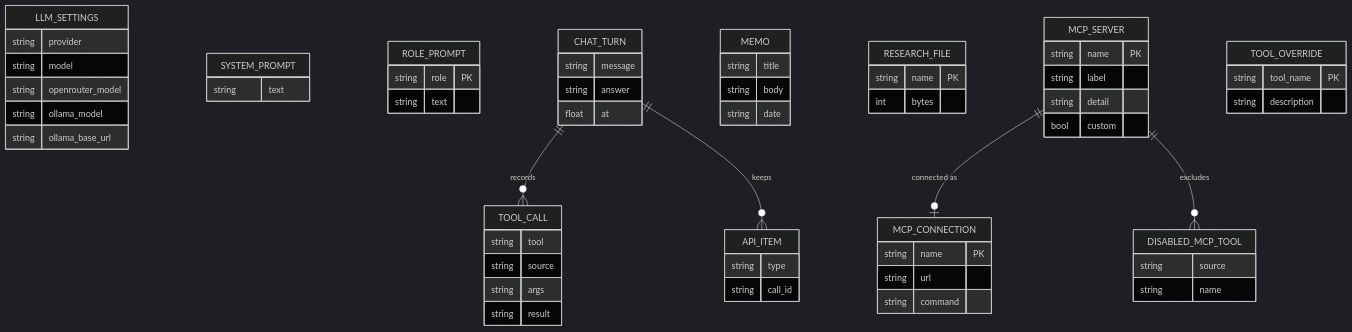
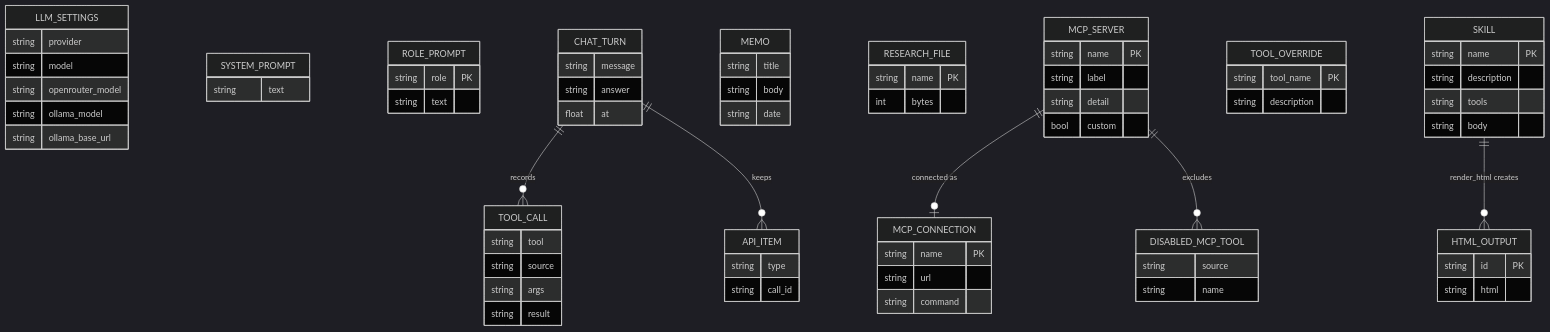
Before and after one commit to suhwanju-ai/PersonalAgent: the first of 2 diagrams in documents/er-diagram.md, drawn with Mermaid (dark theme). The commit also changed other lines of this file and 9 other files, not shown here.

````diff
--- a/documents/er-diagram.md
+++ b/documents/er-diagram.md
@@ -7,65 +7,76 @@
 ```mermaid
 erDiagram
     LLM_SETTINGS {
         string provider
         string model
         string openrouter_model
         string ollama_model
         string ollama_base_url
     }
     SYSTEM_PROMPT {
         string text
     }
     ROLE_PROMPT {
         string role PK
         string text
     }
     CHAT_TURN {
         string message
         string answer
         float at
     }
     TOOL_CALL {
         string tool
         string source
         string args
         string result
     }
     API_ITEM {
         string type
         string call_id
     }
     MEMO {
         string title
         string body
         string date
     }
     RESEARCH_FILE {
         string name PK
         int bytes
     }
     MCP_SERVER {
         string name PK
         string label
         string detail
         bool custom
     }
     MCP_CONNECTION {
         string name PK
         string url
         string command
     }
     DISABLED_MCP_TOOL {
         string source
         string name
     }
     TOOL_OVERRIDE {
         string tool_name PK
         string description
     }
+    SKILL {
+        string name PK
+        string description
+        string tools
+        string body
+    }
+    HTML_OUTPUT {
+        string id PK
+        string html
+    }
 
     CHAT_TURN ||--o{ TOOL_CALL : "records"
     CHAT_TURN ||--o{ API_ITEM : "keeps"
     MCP_SERVER ||--o| MCP_CONNECTION : "connected as"
     MCP_SERVER ||--o{ DISABLED_MCP_TOOL : "excludes"
+    SKILL ||--o{ HTML_OUTPUT : "render_html creates"
 ```
````
